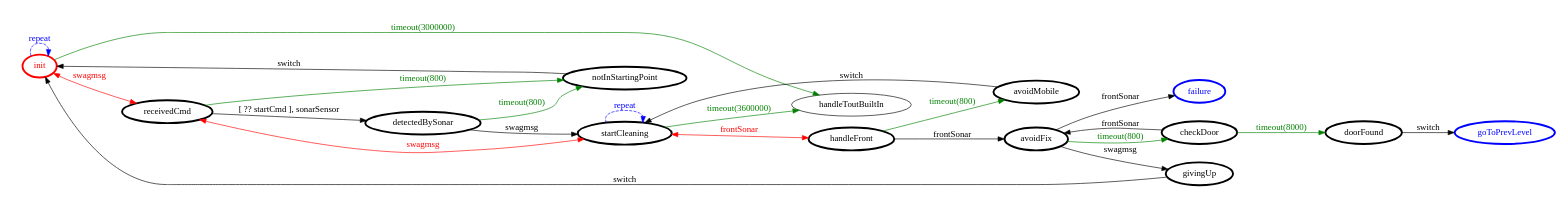
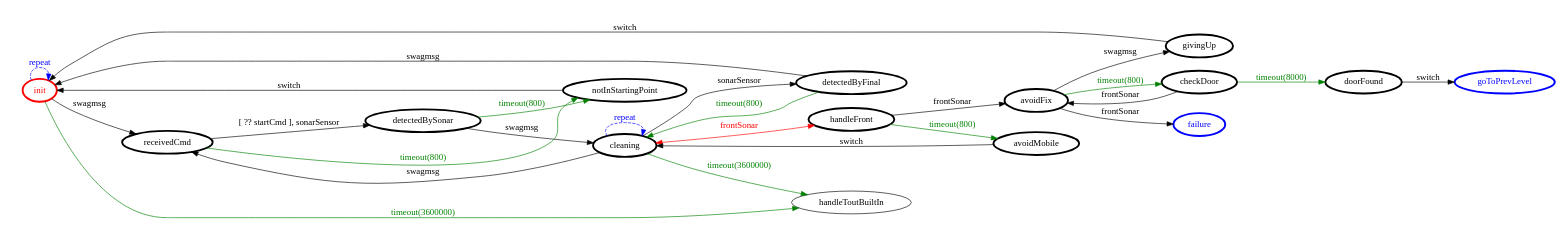
The diagram in it.unibo.finalTask2018/srcMore/it/unibo/swag2pa/swag2pa.gv (FFrabetti/ProgettoISS_relazione), drawn with Graphviz before and after one commit. The commit also changed 3 other files, not shown here.

```diff
--- a/it.unibo.finalTask2018/srcMore/it/unibo/swag2pa/swag2pa.gv
+++ b/it.unibo.finalTask2018/srcMore/it/unibo/swag2pa/swag2pa.gv
@@ -1,48 +1,52 @@
 /*
 *
 * A GraphViz DOT FSM description 
 * Please use a GraphViz visualizer (like http://www.webgraphviz.com)
 *  
 */
 
 digraph finite_state_machine {
 	rankdir=LR
 	size="8,5"
 	
 	init [ color = red ][ fontcolor = red ][ penwidth = 3 ]
+	cleaning [ color = black ][ fontcolor = black ][ penwidth = 3 ]
 	avoidFix [ color = black ][ fontcolor = black ][ penwidth = 3 ]
 	notInStartingPoint [ color = black ][ fontcolor = black ][ penwidth = 3 ]
 	handleFront [ color = black ][ fontcolor = black ][ penwidth = 3 ]
-	startCleaning [ color = black ][ fontcolor = black ][ penwidth = 3 ]
+	detectedByFinal [ color = black ][ fontcolor = black ][ penwidth = 3 ]
 	givingUp [ color = black ][ fontcolor = black ][ penwidth = 3 ]
 	checkDoor [ color = black ][ fontcolor = black ][ penwidth = 3 ]
 	doorFound [ color = black ][ fontcolor = black ][ penwidth = 3 ]
 	detectedBySonar [ color = black ][ fontcolor = black ][ penwidth = 3 ]
 	receivedCmd [ color = black ][ fontcolor = black ][ penwidth = 3 ]
 	avoidMobile [ color = black ][ fontcolor = black ][ penwidth = 3 ]
 	failure [ color = blue ][ fontcolor = blue ][ penwidth = 3 ]
 	goToPrevLevel [ color = blue ][ fontcolor = blue ][ penwidth = 3 ]
 	
-	startCleaning -> handleFront [ label = "frontSonar" ][ color = red ][ fontcolor = red ][ dir = both ]
-	startCleaning -> receivedCmd [ label = "swagmsg" ][ color = red ][ fontcolor = red ][ dir = both ]
+	init -> handleToutBuiltIn [ label = "timeout(3600000)" ][ color = green ][ fontcolor = green ]
+	cleaning -> handleToutBuiltIn [ label = "timeout(3600000)" ][ color = green ][ fontcolor = green ]
 	notInStartingPoint -> init [ label = "switch" ][ color = black ][ fontcolor = black ]
+	checkDoor -> avoidFix [ label = "frontSonar" ][ color = black ][ fontcolor = black ]
+	avoidFix -> failure [ label = "frontSonar" ][ color = black ][ fontcolor = black ]
+	avoidMobile -> cleaning [ label = "switch" ][ color = black ][ fontcolor = black ]
+	avoidFix -> checkDoor [ label = "timeout(800)" ][ color = green ][ fontcolor = green ]
+	cleaning -> receivedCmd [ label = "swagmsg" ][ color = black ][ fontcolor = black ]
+	detectedBySonar -> cleaning [ label = "swagmsg" ][ color = black ][ fontcolor = black ]
+	doorFound -> goToPrevLevel [ label = "switch" ][ color = black ][ fontcolor = black ]
+	cleaning -> detectedByFinal [ label = "sonarSensor" ][ color = black ][ fontcolor = black ]
+	avoidFix -> givingUp [ label = "swagmsg" ][ color = black ][ fontcolor = black ]
+	handleFront -> avoidMobile [ label = "timeout(800)" ][ color = green ][ fontcolor = green ]
+	detectedByFinal -> init [ label = "swagmsg" ][ color = black ][ fontcolor = black ]
 	handleFront -> avoidFix [ label = "frontSonar" ][ color = black ][ fontcolor = black ]
-	checkDoor -> avoidFix [ label = "frontSonar" ][ color = black ][ fontcolor = black ]
 	receivedCmd -> detectedBySonar [ label = "[ ?? startCmd ], sonarSensor" ][ color = black ][ fontcolor = black ]
-	avoidFix -> failure [ label = "frontSonar" ][ color = black ][ fontcolor = black ]
-	avoidFix -> checkDoor [ label = "timeout(800)" ][ color = green ][ fontcolor = green ]
-	avoidMobile -> startCleaning [ label = "switch" ][ color = black ][ fontcolor = black ]
+	cleaning -> handleFront [ label = "frontSonar" ][ color = red ][ fontcolor = red ][ dir = both ]
+	init -> receivedCmd [ label = "swagmsg" ][ color = black ][ fontcolor = black ]
 	detectedBySonar -> notInStartingPoint [ label = "timeout(800)" ][ color = green ][ fontcolor = green ]
 	init -> init [ label = "repeat "][ style = dashed ][ color = blue ][ fontcolor = blue ]
 	givingUp -> init [ label = "switch" ][ color = black ][ fontcolor = black ]
 	checkDoor -> doorFound [ label = "timeout(8000)" ][ color = green ][ fontcolor = green ]
-	startCleaning -> handleToutBuiltIn [ label = "timeout(3600000)" ][ color = green ][ fontcolor = green ]
-	doorFound -> goToPrevLevel [ label = "switch" ][ color = black ][ fontcolor = black ]
-	init -> receivedCmd [ label = "swagmsg" ][ color = red ][ fontcolor = red ][ dir = both ]
-	init -> handleToutBuiltIn [ label = "timeout(3000000)" ][ color = green ][ fontcolor = green ]
-	startCleaning -> startCleaning [ label = "repeat "][ style = dashed ][ color = blue ][ fontcolor = blue ]
-	avoidFix -> givingUp [ label = "swagmsg" ][ color = black ][ fontcolor = black ]
+	detectedByFinal -> cleaning [ label = "timeout(800)" ][ color = green ][ fontcolor = green ]
+	cleaning -> cleaning [ label = "repeat "][ style = dashed ][ color = blue ][ fontcolor = blue ]
 	receivedCmd -> notInStartingPoint [ label = "timeout(800)" ][ color = green ][ fontcolor = green ]
-	detectedBySonar -> startCleaning [ label = "swagmsg" ][ color = black ][ fontcolor = black ]
-	handleFront -> avoidMobile [ label = "timeout(800)" ][ color = green ][ fontcolor = green ]
 }
```
